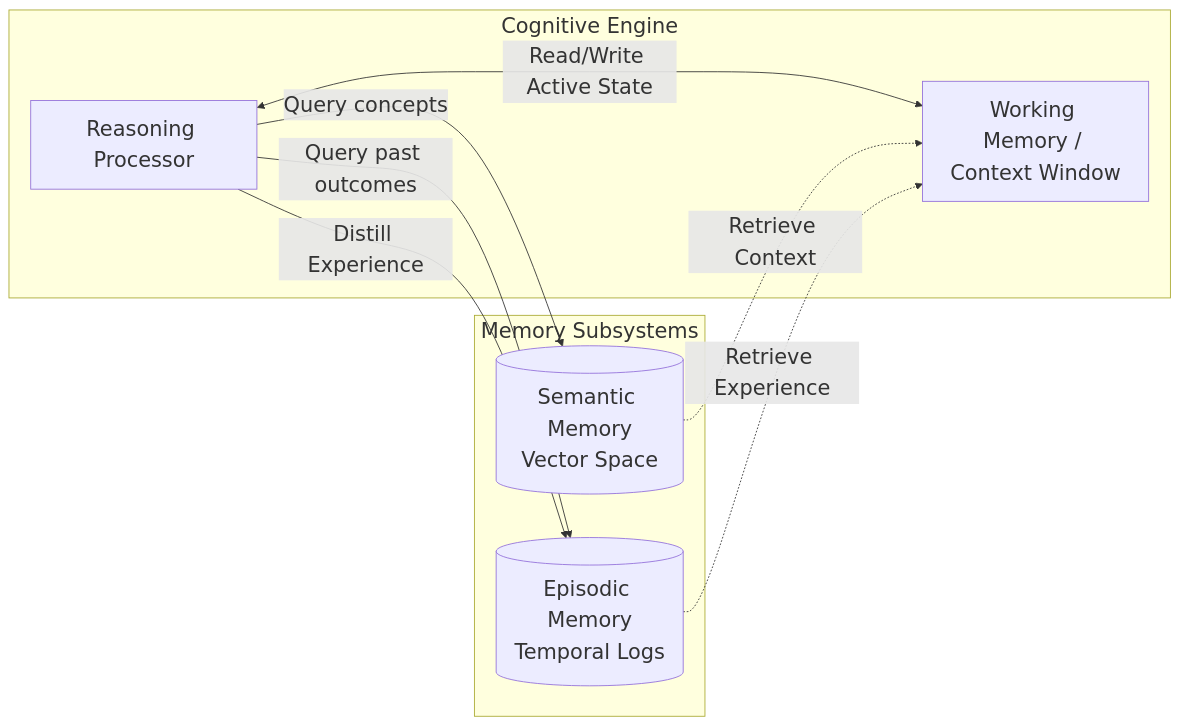
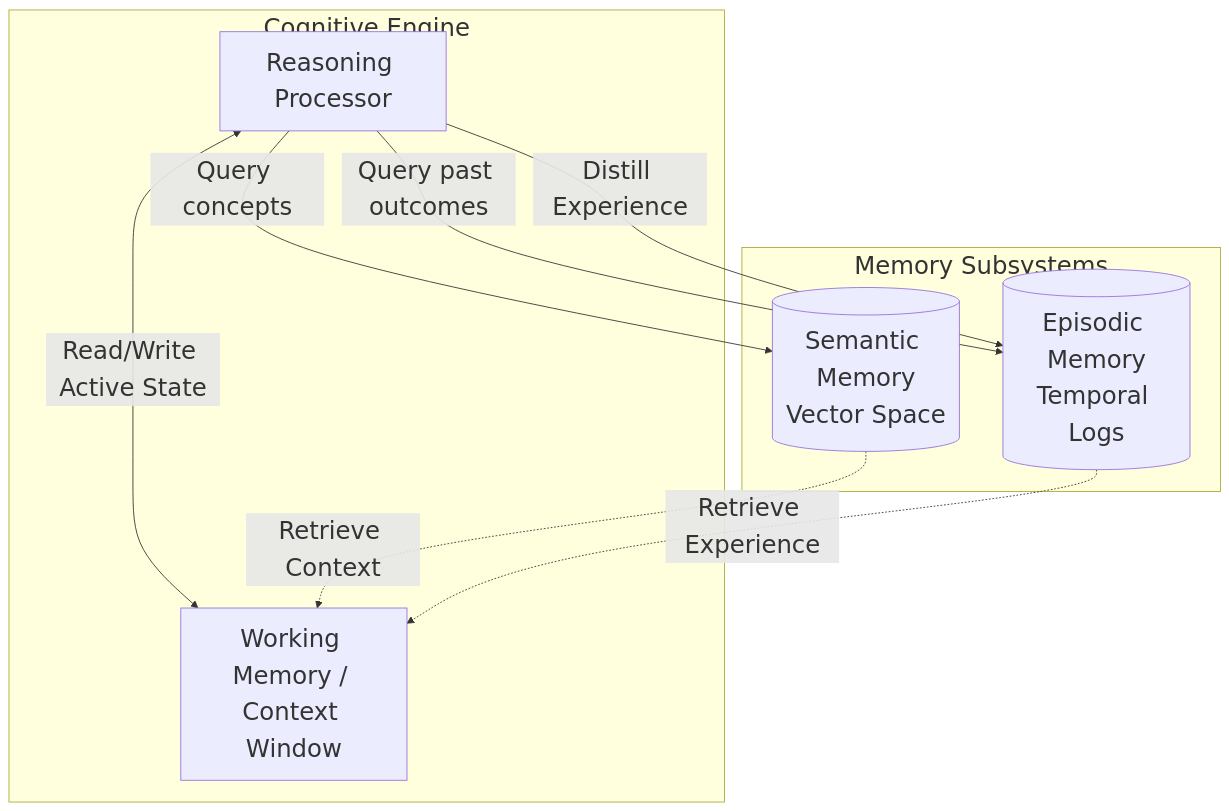
Before and after one commit to j4flmao/agent-skills: the diagram in skills/ai/ai-agents/memory-systems/SKILL.md, drawn with Mermaid. The commit also changed 826 other files, not shown here.

Commit message:
style(skills): Revert to TD layout and add useMaxWidth=false to prevent Mermaid diagram compression

````diff
--- a/skills/ai/ai-agents/memory-systems/SKILL.md
+++ b/skills/ai/ai-agents/memory-systems/SKILL.md
@@ -28,20 +28,20 @@
 ```mermaid
-%%{init: {"theme": "default", "themeVariables": {"fontSize": "24px"}}}%%
-flowchart LR
-    subgraph Cognitive Engine
+%%{init: {"theme": "default", "themeVariables": {"fontSize": "28px"}, "flowchart": {"useMaxWidth": false}}}%%
+flowchart TD
+    subgraph CognitiveEngine ["Cognitive Engine"]
         WM[Working Memory / Context Window]
         Processor[Reasoning Processor]
     end
 
-    subgraph Memory Subsystems
+    subgraph MemorySubsystems ["Memory Subsystems"]
         SM[(Semantic Memory\nVector Space)]
         EM[(Episodic Memory\nTemporal Logs)]
     end
 
     Processor <-->|Read/Write Active State| WM
     Processor -->|Query concepts| SM
     SM -.->|Retrieve Context| WM
     Processor -->|Query past outcomes| EM
     EM -.->|Retrieve Experience| WM
     Processor -->|Distill Experience| EM
 ```
````
